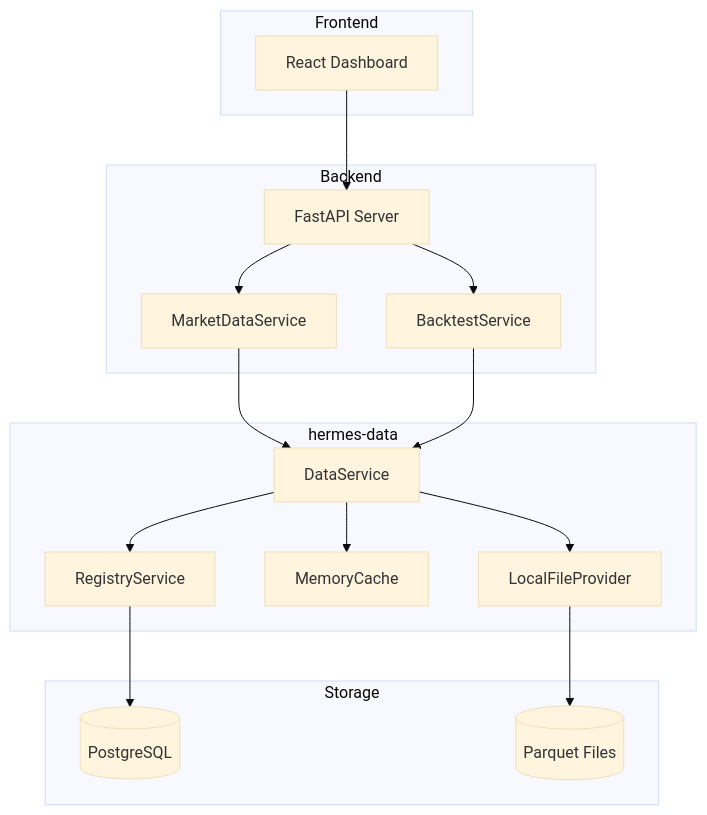
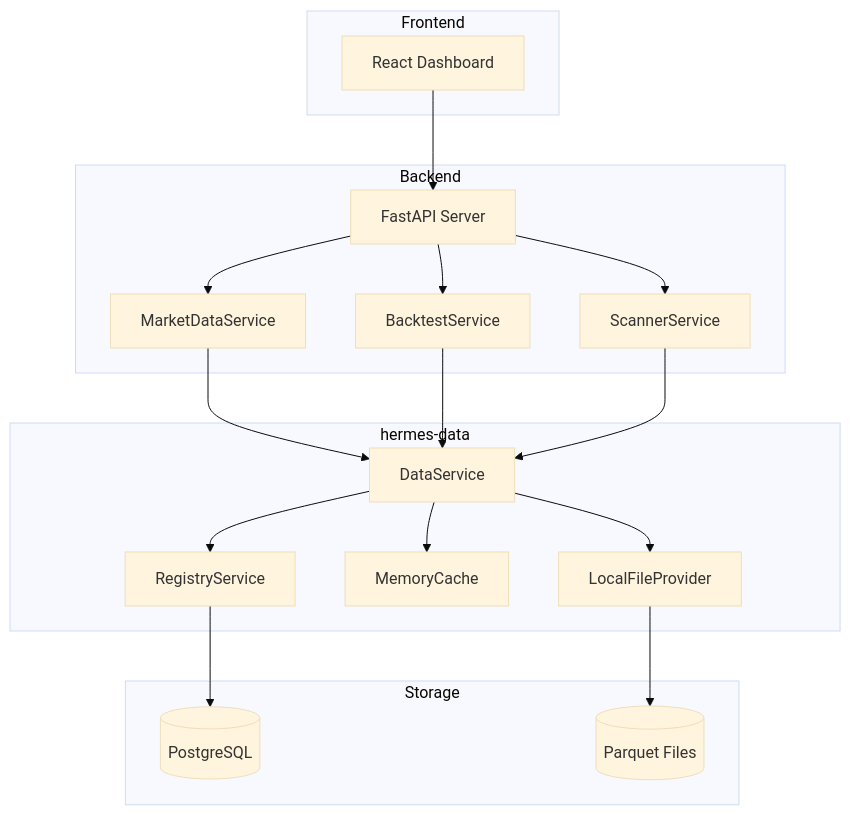
One commit to prakashbsamanta/hermes changed the diagram in README.md. Above: the diagram before and after it, drawn with Mermaid (base theme). The commit also changed other lines of this file, not shown here.

Commit message:
Docs: Update architecture and roadmap in README

````diff
--- a/README.md
+++ b/README.md
@@ -32,31 +32,33 @@
 ```mermaid
 graph TB
     subgraph Frontend
         A[React Dashboard]
     end
     
     subgraph Backend
         B[FastAPI Server]
         C[MarketDataService]
         D[BacktestService]
+        K[ScannerService]
     end
     
     subgraph hermes-data
         E[DataService]
         F[LocalFileProvider]
         G[MemoryCache]
         H[RegistryService]
     end
     
     subgraph Storage
         I[(PostgreSQL)]
         J[(Parquet Files)]
     end
     
     A --> B
     B --> C --> E
     B --> D --> E
+    B --> K --> E
     E --> F --> J
     E --> G
     E --> H --> I
 ```
````
